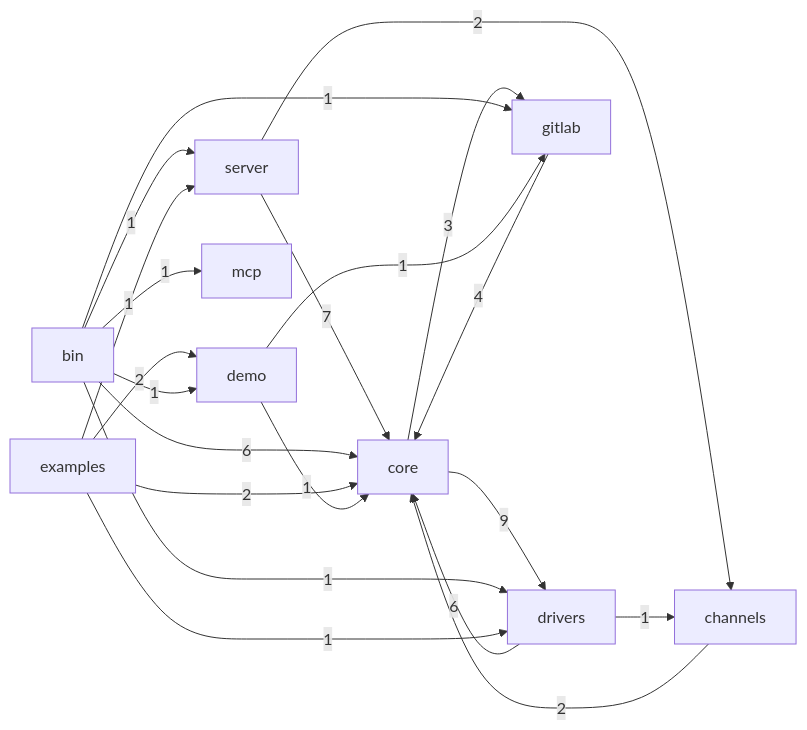
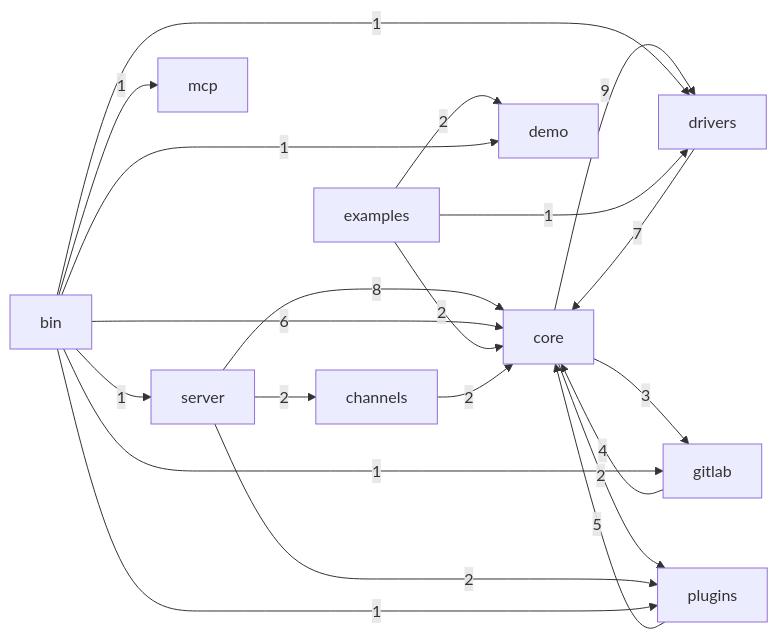
Before and after one commit to yunyu-x/yunyu-teamwork: the diagram in docs/wiki/architecture.md, drawn with Mermaid. The commit also changed other lines of this file and 82 other files, not shown here.

````diff
--- a/docs/wiki/architecture.md
+++ b/docs/wiki/architecture.md
@@ -6,23 +6,23 @@
 ```mermaid
 graph LR
   dom_core["core"] -->|9| dom_drivers["drivers"]
-  dom_server["server"] -->|7| dom_core["core"]
+  dom_server["server"] -->|8| dom_core["core"]
+  dom_drivers["drivers"] -->|7| dom_core["core"]
   dom_bin["bin"] -->|6| dom_core["core"]
-  dom_drivers["drivers"] -->|6| dom_core["core"]
+  dom_plugins["plugins"] -->|5| dom_core["core"]
   dom_gitlab["gitlab"] -->|4| dom_core["core"]
   dom_core["core"] -->|3| dom_gitlab["gitlab"]
   dom_examples["examples"] -->|2| dom_core["core"]
   dom_examples["examples"] -->|2| dom_demo["demo"]
   dom_channels["channels"] -->|2| dom_core["core"]
+  dom_core["core"] -->|2| dom_plugins["plugins"]
   dom_server["server"] -->|2| dom_channels["channels"]
+  dom_server["server"] -->|2| dom_plugins["plugins"]
   dom_bin["bin"] -->|1| dom_drivers["drivers"]
   dom_bin["bin"] -->|1| dom_mcp["mcp"]
   dom_bin["bin"] -->|1| dom_demo["demo"]
   dom_bin["bin"] -->|1| dom_gitlab["gitlab"]
+  dom_bin["bin"] -->|1| dom_plugins["plugins"]
   dom_bin["bin"] -->|1| dom_server["server"]
   dom_examples["examples"] -->|1| dom_drivers["drivers"]
-  dom_examples["examples"] -->|1| dom_server["server"]
-  dom_demo["demo"] -->|1| dom_core["core"]
-  dom_demo["demo"] -->|1| dom_gitlab["gitlab"]
-  dom_drivers["drivers"] -->|1| dom_channels["channels"]
 ```
````
